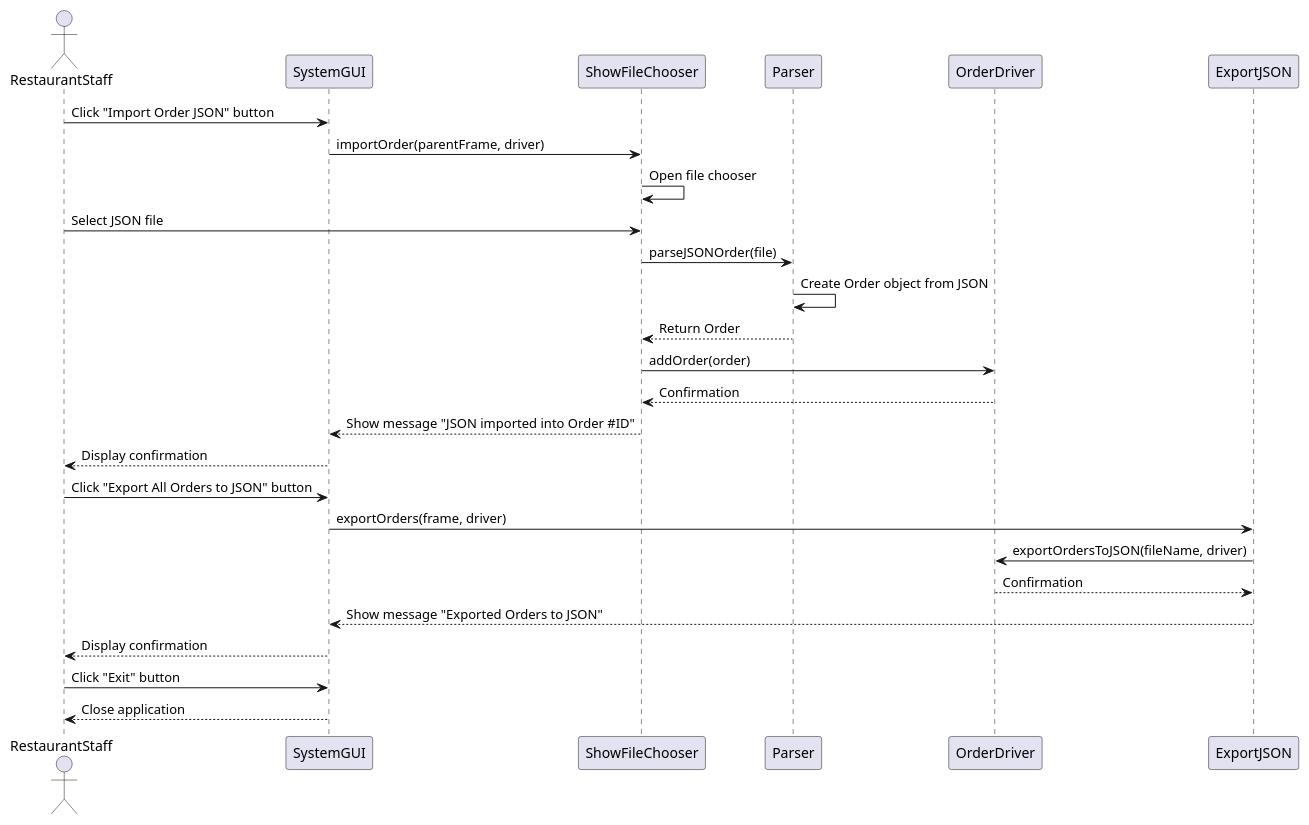
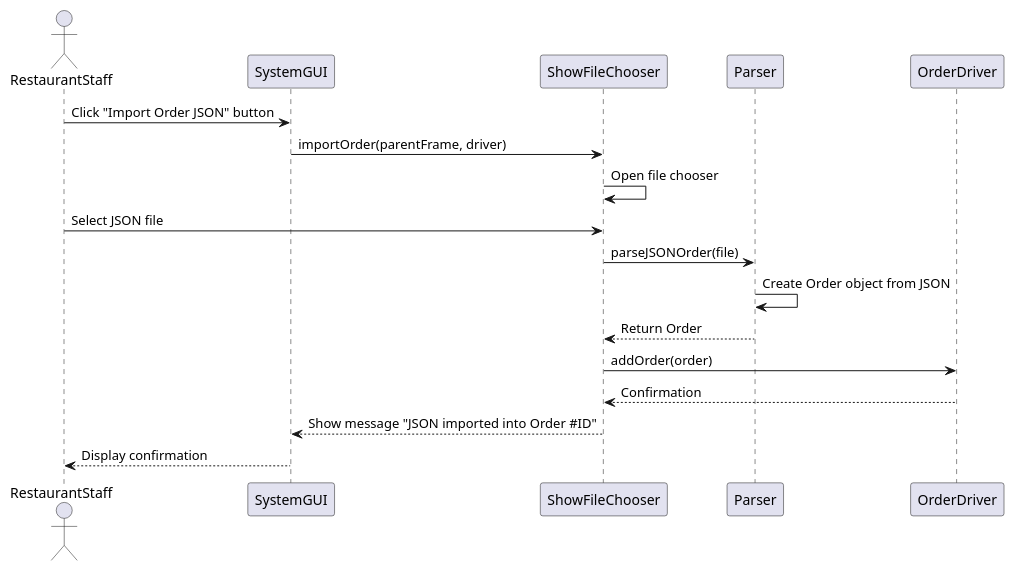
The diagram in code/src/main/java/Design/SequenceDiagram.puml (aidanmahl/372GroupProject), drawn with PlantUML before and after one commit. The commit also changed 1 other file, not shown here.

```diff
--- a/code/src/main/java/Design/SequenceDiagram.puml
+++ b/code/src/main/java/Design/SequenceDiagram.puml
@@ -1,36 +1,21 @@
 @startuml
 'https://plantuml.com/sequence-diagram
-
 actor RestaurantStaff
 participant SystemGUI
 participant ShowFileChooser
 participant Parser
 participant OrderDriver
-participant ExportJSON
 
-'Import
 RestaurantStaff -> SystemGUI : Click "Import Order JSON" button
 SystemGUI -> ShowFileChooser : importOrder(parentFrame, driver)
 ShowFileChooser -> ShowFileChooser : Open file chooser
 RestaurantStaff -> ShowFileChooser : Select JSON file
 ShowFileChooser -> Parser : parseJSONOrder(file)
 Parser -> Parser : Create Order object from JSON
 Parser --> ShowFileChooser : Return Order
 ShowFileChooser -> OrderDriver : addOrder(order)
 OrderDriver --> ShowFileChooser : Confirmation
 ShowFileChooser --> SystemGUI : Show message "JSON imported into Order #ID"
 SystemGUI --> RestaurantStaff : Display confirmation
 
-'Export
-RestaurantStaff -> SystemGUI : Click "Export All Orders to JSON" button
-SystemGUI -> ExportJSON : exportOrders(frame, driver)
-ExportJSON -> OrderDriver : exportOrdersToJSON(fileName, driver)
-OrderDriver --> ExportJSON : Confirmation
-ExportJSON --> SystemGUI : Show message "Exported Orders to JSON"
-SystemGUI --> RestaurantStaff : Display confirmation
-
-'Exit
-RestaurantStaff -> SystemGUI : Click "Exit" button
-SystemGUI --> RestaurantStaff : Close application
-
 @enduml
```
